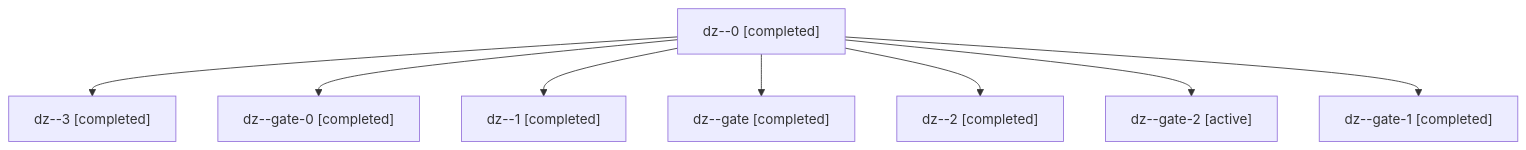
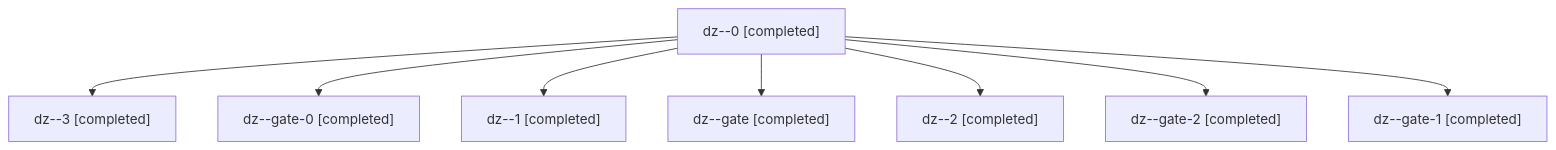
Before and after one commit to bobs-org/bob-cli--agents: the diagram in sessions/bbugyi200.apollo.dz.md, drawn with Mermaid. The commit also changed other lines of this file and 12 other files, not shown here.

````diff
--- a/sessions/bbugyi200.apollo.dz.md
+++ b/sessions/bbugyi200.apollo.dz.md
@@ -9,18 +9,18 @@
 ```mermaid
 flowchart TD
   n0["dz--0 [completed]"]
   n1["dz--3 [completed]"]
   n0 --> n1
   n2["dz--gate-0 [completed]"]
   n0 --> n2
   n3["dz--1 [completed]"]
   n0 --> n3
   n4["dz--gate [completed]"]
   n0 --> n4
   n5["dz--2 [completed]"]
   n0 --> n5
-  n6["dz--gate-2 [active]"]
+  n6["dz--gate-2 [completed]"]
   n0 --> n6
   n7["dz--gate-1 [completed]"]
   n0 --> n7
 ```
````
